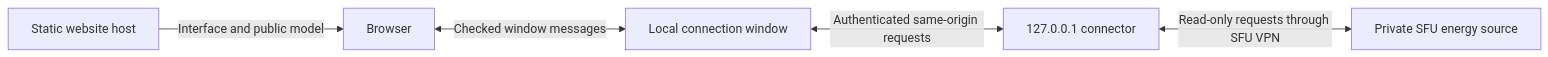
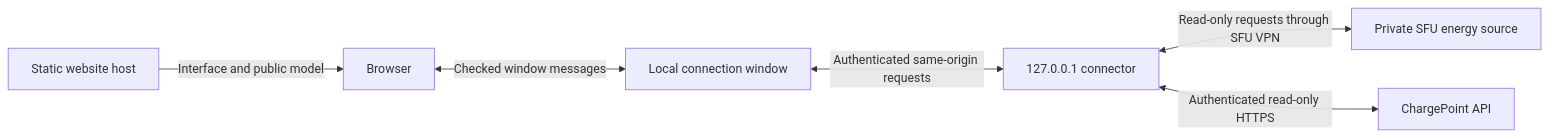
Before and after one commit to smakonin/SFU-DigitalTwin: the diagram in docs/LOCAL-CONNECTOR.md, drawn with Mermaid. The commit also changed other lines of this file and 26 other files, not shown here.

Commit message:
Add private ChargePoint integration and independent data layers

````diff
--- a/docs/LOCAL-CONNECTOR.md
+++ b/docs/LOCAL-CONNECTOR.md
@@ -5,7 +5,8 @@
 ```mermaid
 flowchart LR
   Host[Static website host] -->|Interface and public model|Browser[Browser]
   Browser <-->|Checked window messages|Window[Local connection window]
   Window <-->|Authenticated same-origin requests|Connector[127.0.0.1 connector]
   Connector <-->|Read-only requests through SFU VPN|Source[Private SFU energy source]
+  Connector <-->|Authenticated read-only HTTPS|ChargePoint[ChargePoint API]
 ```
````
